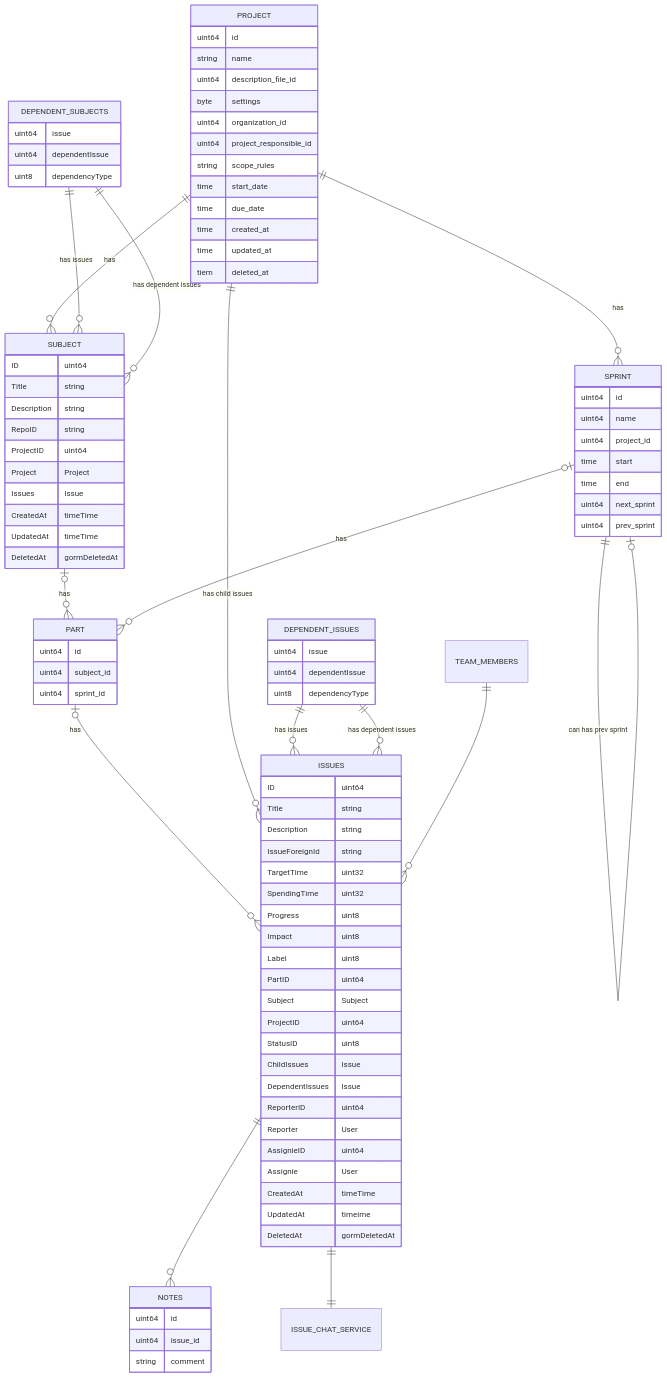
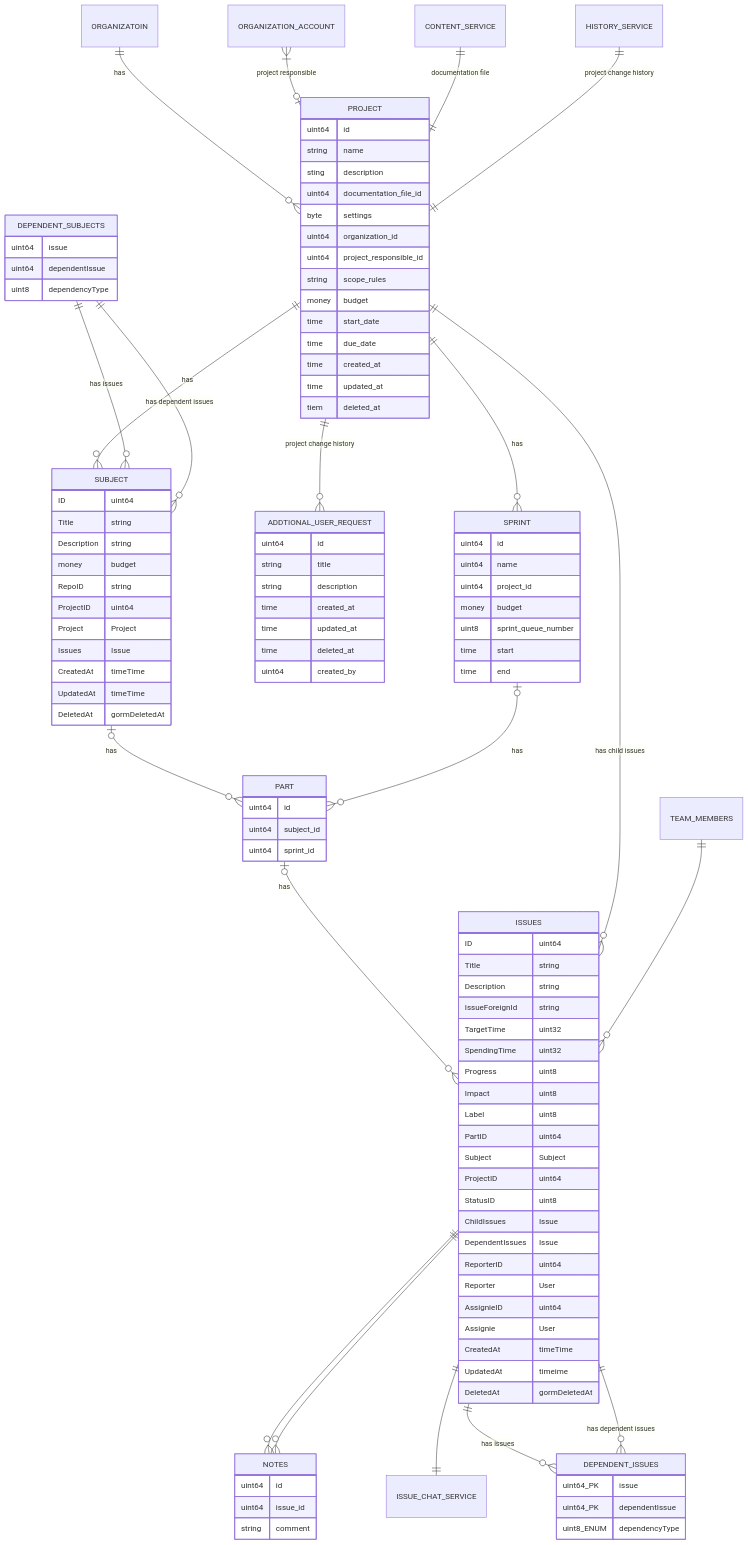
The third of 3 diagrams in README.md (DEONSKY/ProjectManagementAppDoc), drawn with Mermaid before and after one commit. The commit also changed other lines of this file, not shown here.

```diff
--- a/README.md
+++ b/README.md
@@ -102,28 +157,45 @@
  PROJECT {
 	uint64 id
 	string name
-	uint64 description_file_id
+	sting description
+	uint64 documentation_file_id
 	byte settings
 	uint64 organization_id
 	uint64 project_responsible_id
 	string scope_rules
+	money budget
 	time start_date
 	time due_date
 	time created_at
 	time updated_at
 	tiem deleted_at
  }
+ORGANIZATOIN ||--o{  PROJECT: "has"
+PROJECT ||--o{  SPRINT  : "has" 
+ORGANIZATION_ACCOUNT }|--o|  PROJECT: "project responsible" 
+CONTENT_SERVICE||--||  PROJECT: "documentation file" 
+HISTORY_SERVICE||--||  PROJECT: "project change history" 
 
-PROJECT ||--o{  SPRINT  : "has" 
+PROJECT||--o{  ADDTIONAL_USER_REQUEST : "project change history" 
+
+ADDTIONAL_USER_REQUEST {
+uint64 id
+string title
+string description
+time created_at
+time updated_at
+time deleted_at
+uint64 created_by
+}
 
 SPRINT {
 uint64 id
 uint64 name
 uint64 project_id
+money budget
+uint8 sprint_queue_number
 time start
 time end
-uint64 next_sprint
-uint64 prev_sprint
 }
 
 PART {
@@ -132,8 +204,6 @@
 uint64 sprint_id
 }
 
-SPRINT ||--o|  SPRINT  : " can has next sprint " 
-SPRINT ||--o|  SPRINT  : " can has prev sprint " 
 
 PROJECT ||--o{  SUBJECT : "has"
 
@@ -154,6 +224,7 @@
 
 PROJECT ||--o{  ISSUES : "has child issues"
 
+ISSUES ||--o{  NOTES: ""
 ISSUES ||--o{  NOTES: ""
 ISSUES ||--||  ISSUE_CHAT_SERVICE: ""
 NOTES {
@@ -187,18 +258,19 @@
 DeletedAt gormDeletedAt 
 }
 
-DEPENDENT_ISSUES ||--o{  ISSUES : "has issues"
-DEPENDENT_ISSUES ||--o{  ISSUES : "has dependent issues"
+ISSUES ||--o{  DEPENDENT_ISSUES : "has issues"
+ISSUES ||--o{  DEPENDENT_ISSUES : "has dependent issues"
 DEPENDENT_ISSUES {
-uint64 issue
-uint64 dependentIssue
-uint8 dependencyType
+uint64_PK issue
+uint64_PK dependentIssue
+uint8_ENUM dependencyType
 }
 
 SUBJECT {
 ID uint64 
 Title string 
 Description string
+money budget
 RepoID string  
 ProjectID uint64  
 Project Project 
```
